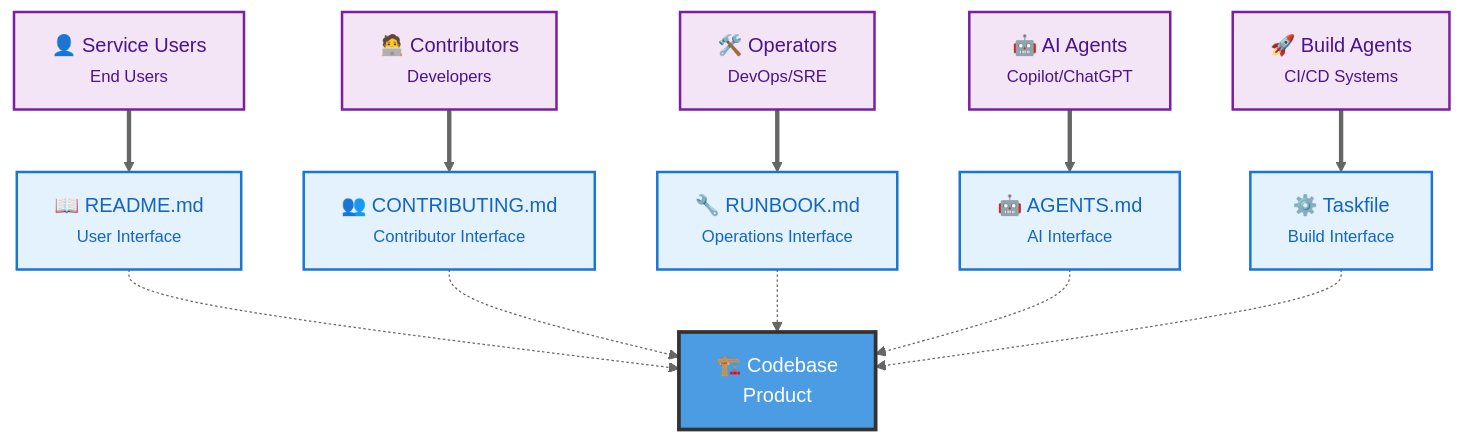
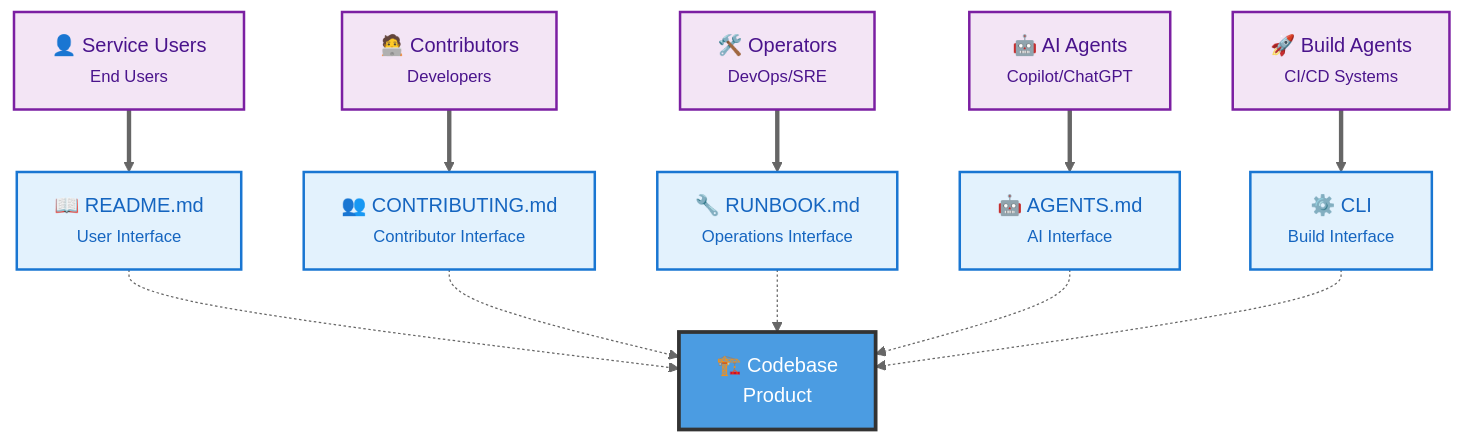
Before and after one commit to codebase-interface/presentations: the first of 6 diagrams in introduction-to-codebase-interface/slides.md, drawn with Mermaid (neutral theme). The commit also changed other lines of this file, not shown here.

````diff
--- a/introduction-to-codebase-interface/slides.md
+++ b/introduction-to-codebase-interface/slides.md
@@ -9,42 +9,42 @@
 ```mermaid
 graph TD
     %% Central Codebase
     CODEBASE[🏗️ Codebase<br/>Product]
     
     %% Interface Files
     README["📖 README.md<br/><small>User Interface</small>"]
     CONTRIBUTING["👥 CONTRIBUTING.md<br/><small>Contributor Interface</small>"]
     RUNBOOK["🔧 RUNBOOK.md<br/><small>Operations Interface</small>"]
     AGENTS["🤖 AGENTS.md<br/><small>AI Interface</small>"]
-    BUILD["⚙️ Taskfile<br/><small>Build Interface</small>"]
+    BUILD["⚙️ CLI<br/><small>Build Interface</small>"]
     
     %% Audience Groups
     USERS["👤 Service Users<br/><small>End Users</small>"]
     CONTRIBUTORS["🧑‍💻 Contributors<br/><small>Developers</small>"]
     OPERATORS["🛠️ Operators<br/><small>DevOps/SRE</small>"]
     AI_AGENTS["🤖 AI Agents<br/><small>Copilot/ChatGPT</small>"]
     BUILD_AGENTS["🚀 Build Agents<br/><small>CI/CD Systems</small>"]
     
     %% Connections: Interfaces to Codebase
     README -.-> CODEBASE
     CONTRIBUTING -.-> CODEBASE
     RUNBOOK -.-> CODEBASE
     AGENTS -.-> CODEBASE
     BUILD -.-> CODEBASE
     
     %% Connections: Audiences to Interfaces
     USERS ==> README
     CONTRIBUTORS ==> CONTRIBUTING
     OPERATORS ==> RUNBOOK
     AI_AGENTS ==> AGENTS
     BUILD_AGENTS ==> BUILD
     
     %% Styling
     classDef codebase fill:#4b9ce2,stroke:#333,stroke-width:3px,color:#fff
     classDef interface fill:#e3f2fd,stroke:#1976d2,stroke-width:2px,color:#1565c0
     classDef audience fill:#f3e5f5,stroke:#7b1fa2,stroke-width:2px,color:#4a148c
     
     class CODEBASE codebase
     class README,CONTRIBUTING,RUNBOOK,AGENTS,BUILD interface
     class USERS,CONTRIBUTORS,OPERATORS,AI_AGENTS,BUILD_AGENTS audience
 ```
````
